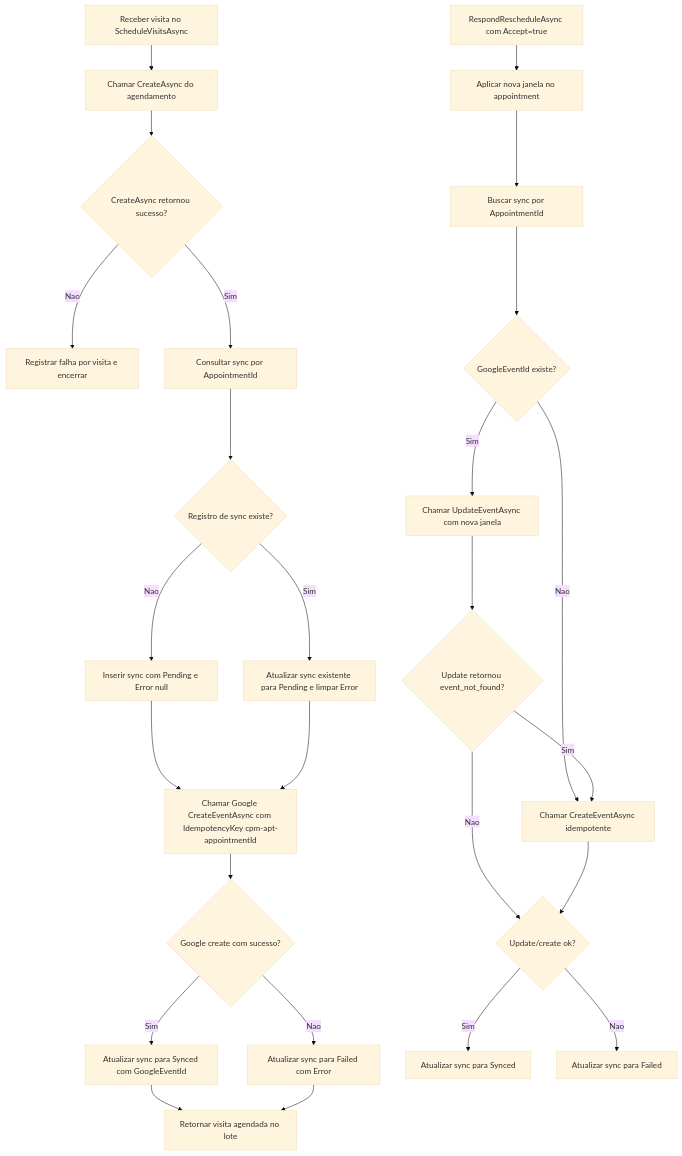
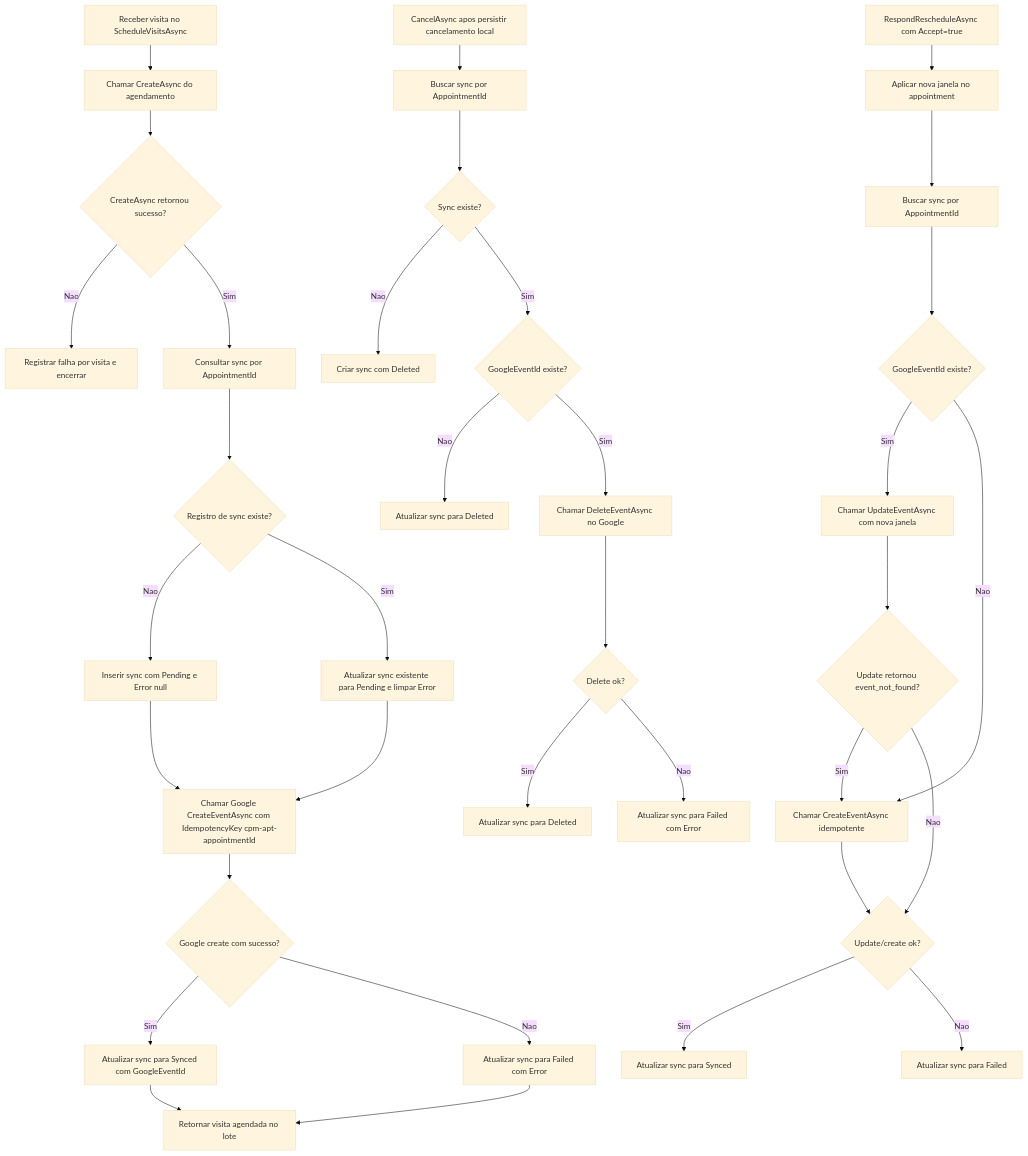
The diagram in Documentacao/DIAGRAMAS/REALTIME_PRESENCA_CHAT/ST-012-sync-agendamento-google-calendar/fluxo-sync-agendamento-google-calendar.mmd (leonardomendes201704/ConsertaPraMim), drawn with Mermaid (base theme) before and after one commit. The commit also changed 7 other files, not shown here.

Commit message:
feat(st-012): sincroniza delete no cancelamento com Google Calendar

```diff
--- a/Documentacao/DIAGRAMAS/REALTIME_PRESENCA_CHAT/ST-012-sync-agendamento-google-calendar/fluxo-sync-agendamento-google-calendar.mmd
+++ b/Documentacao/DIAGRAMAS/REALTIME_PRESENCA_CHAT/ST-012-sync-agendamento-google-calendar/fluxo-sync-agendamento-google-calendar.mmd
@@ -1,27 +1,37 @@
 flowchart TD
     A[Receber visita no ScheduleVisitsAsync] --> B[Chamar CreateAsync do agendamento]
     B --> C{CreateAsync retornou sucesso?}
     C -->|Nao| D[Registrar falha por visita e encerrar]
     C -->|Sim| E[Consultar sync por AppointmentId]
     E --> F{Registro de sync existe?}
     F -->|Nao| G[Inserir sync com Pending e Error null]
     F -->|Sim| H[Atualizar sync existente para Pending e limpar Error]
     G --> I[Chamar Google CreateEventAsync com IdempotencyKey cpm-apt-appointmentId]
     H --> I
     I --> J{Google create com sucesso?}
     J -->|Sim| K[Atualizar sync para Synced com GoogleEventId]
     J -->|Nao| L[Atualizar sync para Failed com Error]
     K --> M[Retornar visita agendada no lote]
     L --> M
 
     N[RespondRescheduleAsync com Accept=true] --> O[Aplicar nova janela no appointment]
     O --> P[Buscar sync por AppointmentId]
     P --> Q{GoogleEventId existe?}
     Q -->|Sim| R[Chamar UpdateEventAsync com nova janela]
     Q -->|Nao| S[Chamar CreateEventAsync idempotente]
     R --> T{Update retornou event_not_found?}
     T -->|Sim| S
     T -->|Nao| U{Update/create ok?}
     S --> U
     U -->|Sim| V[Atualizar sync para Synced]
     U -->|Nao| W[Atualizar sync para Failed]
+
+    X[CancelAsync apos persistir cancelamento local] --> Y[Buscar sync por AppointmentId]
+    Y --> Z{Sync existe?}
+    Z -->|Nao| ZA[Criar sync com Deleted]
+    Z -->|Sim| ZB{GoogleEventId existe?}
+    ZB -->|Nao| ZC[Atualizar sync para Deleted]
+    ZB -->|Sim| ZD[Chamar DeleteEventAsync no Google]
+    ZD --> ZE{Delete ok?}
+    ZE -->|Sim| ZF[Atualizar sync para Deleted]
+    ZE -->|Nao| ZG[Atualizar sync para Failed com Error]
```
